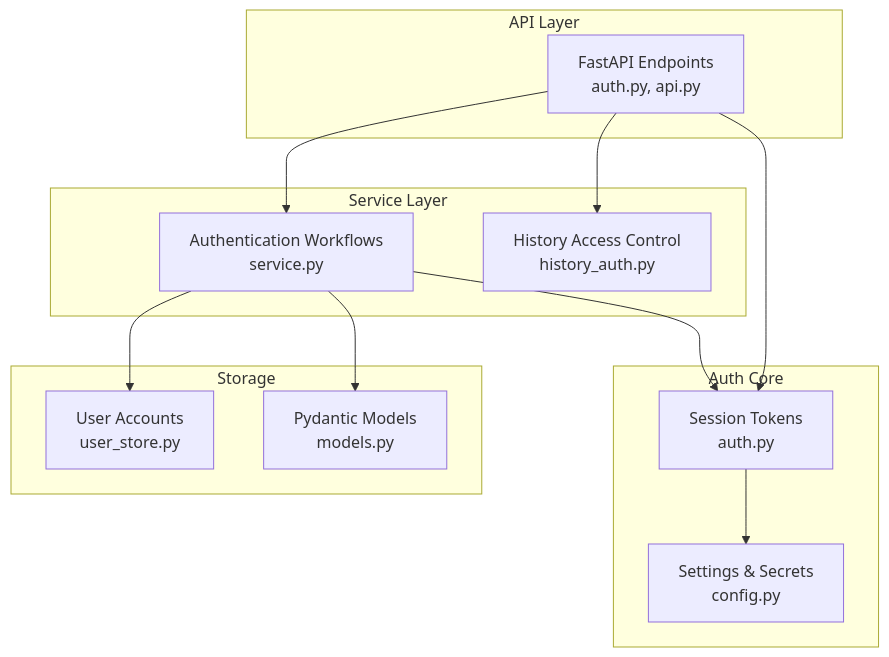
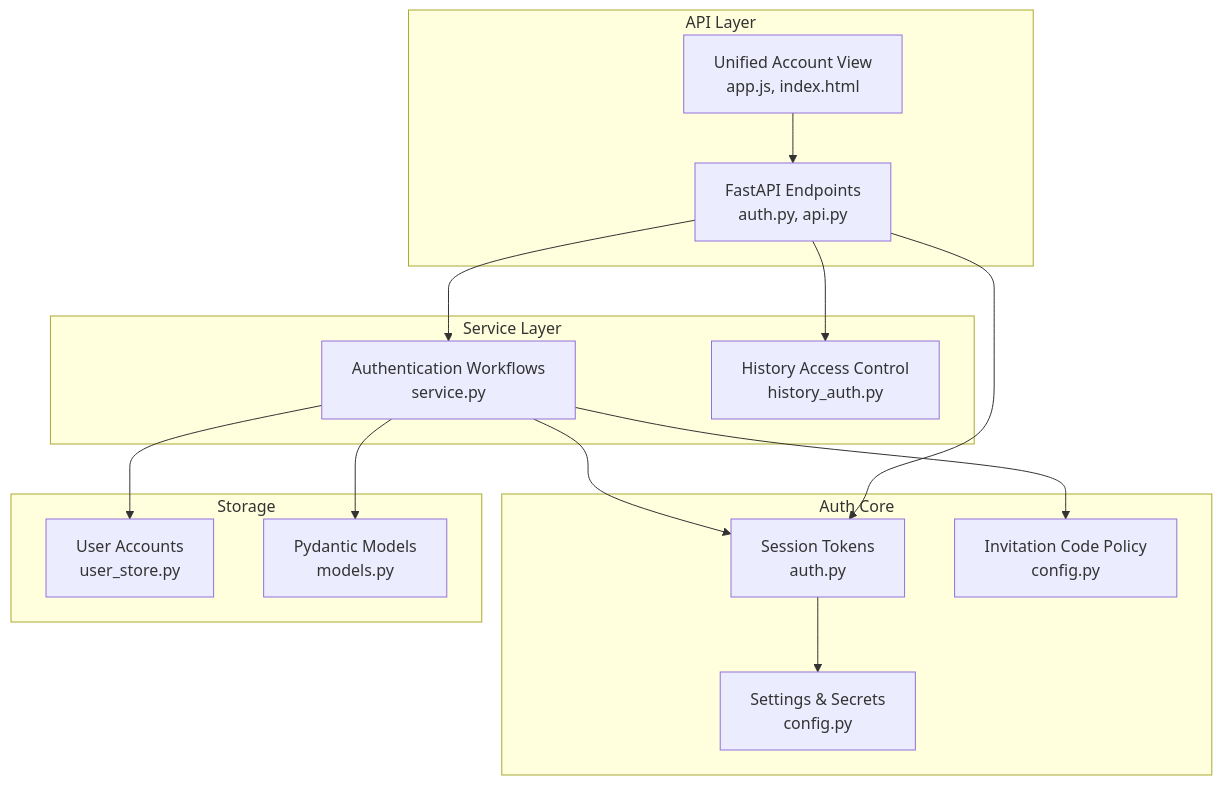
The first of 14 diagrams in .qoder/repowiki/en/content/Core Components/Authentication System.md (intellistream/sage-mate), drawn with Mermaid before and after one commit. The commit also changed other lines of this file and 115 other files, not shown here.

````diff
--- a/.qoder/repowiki/en/content/Core Components/Authentication System.md
+++ b/.qoder/repowiki/en/content/Core Components/Authentication System.md
@@ -39,25 +51,29 @@
 ```mermaid
 graph TB
 subgraph "API Layer"
 API["FastAPI Endpoints<br/>auth.py, api.py"]
+FRONT["Unified Account View<br/>app.js, index.html"]
 end
 subgraph "Auth Core"
 AUTH["Session Tokens<br/>auth.py"]
 CFG["Settings & Secrets<br/>config.py"]
+INV["Invitation Code Policy<br/>config.py"]
 end
 subgraph "Storage"
 USTORE["User Accounts<br/>user_store.py"]
 MODELS["Pydantic Models<br/>models.py"]
 end
 subgraph "Service Layer"
 SVC["Authentication Workflows<br/>service.py"]
 HIST["History Access Control<br/>history_auth.py"]
 end
+FRONT --> API
 API --> AUTH
 API --> SVC
 AUTH --> CFG
 SVC --> USTORE
 SVC --> AUTH
 SVC --> MODELS
+SVC --> INV
 API --> HIST
 ```
````
